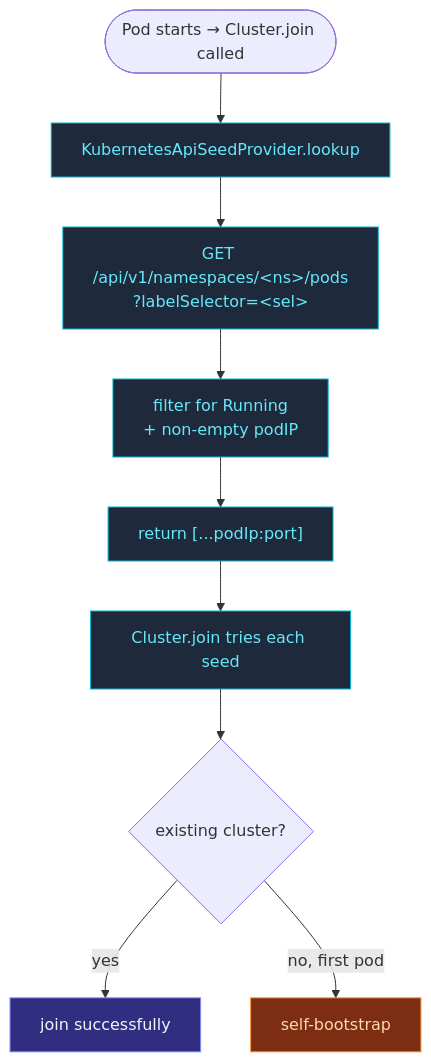
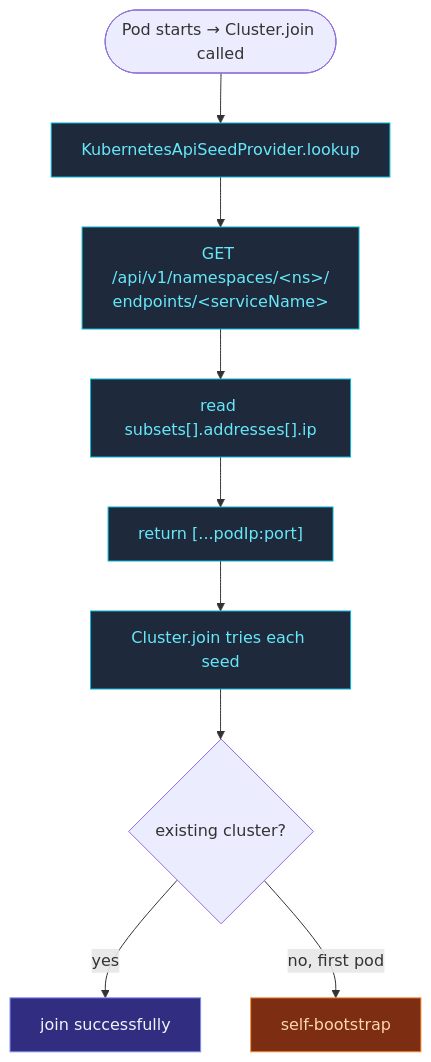
Before and after one commit to pathosDev/actor-ts: the diagram in docs/src/content/docs/discovery/seed-providers/kubernetes-api.mdx, drawn with Mermaid. The commit also changed other lines of this file and 181 other files, not shown here.

````diff
--- a/docs/src/content/docs/discovery/seed-providers/kubernetes-api.mdx
+++ b/docs/src/content/docs/discovery/seed-providers/kubernetes-api.mdx
@@ -128,21 +137,21 @@
 ```mermaid
 flowchart TB
   START(["Pod starts → Cluster.join called"])
   LOOKUP["KubernetesApiSeedProvider.lookup"]
-  API["GET /api/v1/namespaces/&lt;ns&gt;/pods<br/>?labelSelector=&lt;sel&gt;"]
-  FILTER["filter for Running<br/>+ non-empty podIP"]
+  API["GET /api/v1/namespaces/&lt;ns&gt;/<br/>endpoints/&lt;serviceName&gt;"]
+  FILTER["read subsets[].addresses[].ip"]
   RETURN["return [...podIp:port]"]
   JOIN["Cluster.join tries each seed"]
   CHECK{"existing cluster?"}
   OK["join successfully"]
   BOOT["self-bootstrap"]
   START --> LOOKUP --> API --> FILTER --> RETURN --> JOIN --> CHECK
   CHECK -- "yes" --> OK
   CHECK -- "no, first pod" --> BOOT
   classDef step fill:#1e293b,stroke:#06b6d4,color:#67e8f9;
   classDef ok   fill:#312e81,stroke:#818cf8,color:#f1f5f9;
   classDef warn fill:#7c2d12,stroke:#fb923c,color:#fed7aa;
   class LOOKUP,API,FILTER,RETURN,JOIN step
   class OK ok
   class BOOT warn
 ```
````
